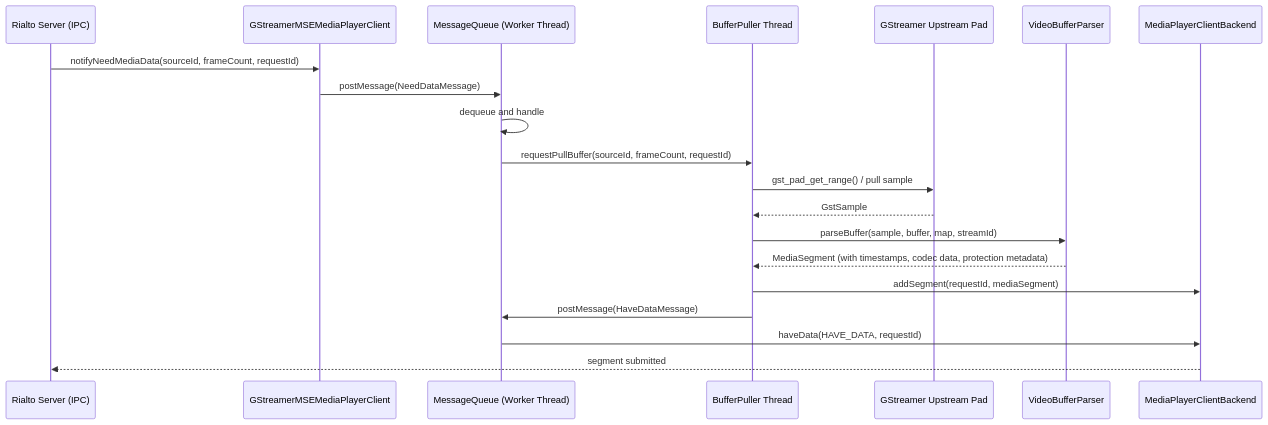
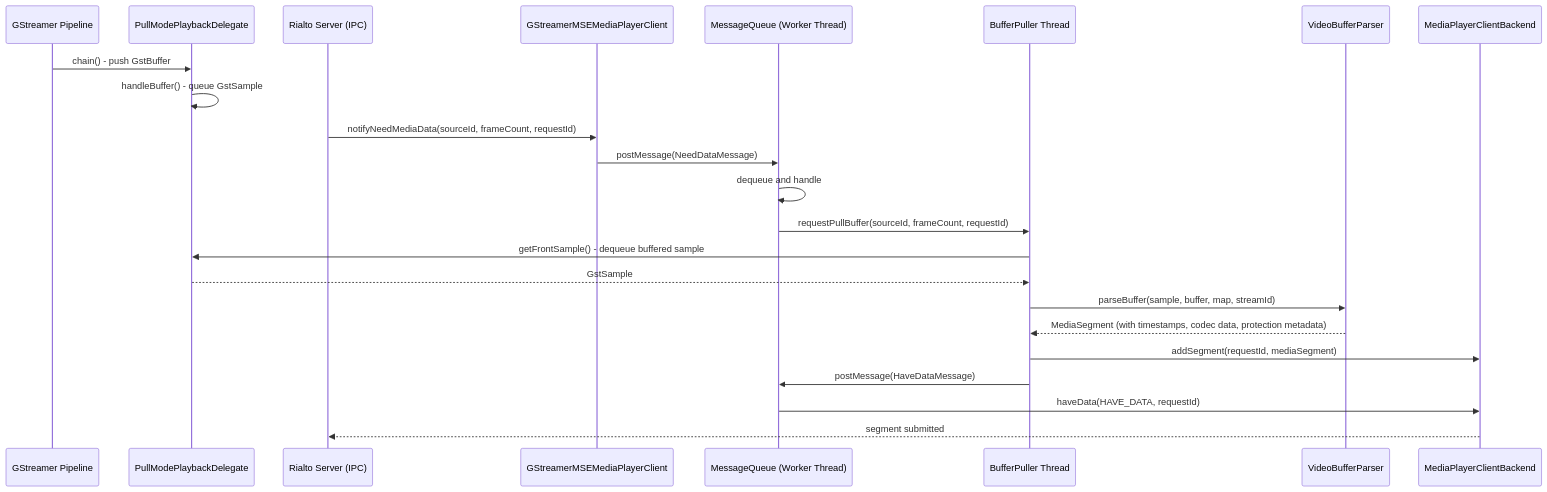
Before and after one commit to rdkcentral/rialto-gstreamer: the fifth of 7 diagrams in docs/README.md, drawn with Mermaid. The commit also changed other lines of this file, not shown here.

````diff
--- a/docs/README.md
+++ b/docs/README.md
@@ -254,23 +258,27 @@
 ```mermaid
 sequenceDiagram
+    participant GSTPipeline as GStreamer Pipeline
+    participant Delegate as PullModePlaybackDelegate
     participant RialtoServer as Rialto Server (IPC)
     participant MPClient as GStreamerMSEMediaPlayerClient
     participant MsgQueue as MessageQueue (Worker Thread)
     participant BufPuller as BufferPuller Thread
-    participant GSTUpstream as GStreamer Upstream Pad
     participant BufParser as VideoBufferParser
     participant RialtoBackend as MediaPlayerClientBackend
+
+    GSTPipeline->>Delegate: chain() - push GstBuffer
+    Delegate->>Delegate: handleBuffer() - queue GstSample
 
     RialtoServer->>MPClient: notifyNeedMediaData(sourceId, frameCount, requestId)
     MPClient->>MsgQueue: postMessage(NeedDataMessage)
     MsgQueue->>MsgQueue: dequeue and handle
     MsgQueue->>BufPuller: requestPullBuffer(sourceId, frameCount, requestId)
-    BufPuller->>GSTUpstream: gst_pad_get_range() / pull sample
-    GSTUpstream-->>BufPuller: GstSample
+    BufPuller->>Delegate: getFrontSample() - dequeue buffered sample
+    Delegate-->>BufPuller: GstSample
     BufPuller->>BufParser: parseBuffer(sample, buffer, map, streamId)
     BufParser-->>BufPuller: MediaSegment (with timestamps, codec data, protection metadata)
     BufPuller->>RialtoBackend: addSegment(requestId, mediaSegment)
     BufPuller->>MsgQueue: postMessage(HaveDataMessage)
     MsgQueue->>RialtoBackend: haveData(HAVE_DATA, requestId)
     RialtoBackend-->>RialtoServer: segment submitted
 ```
````
